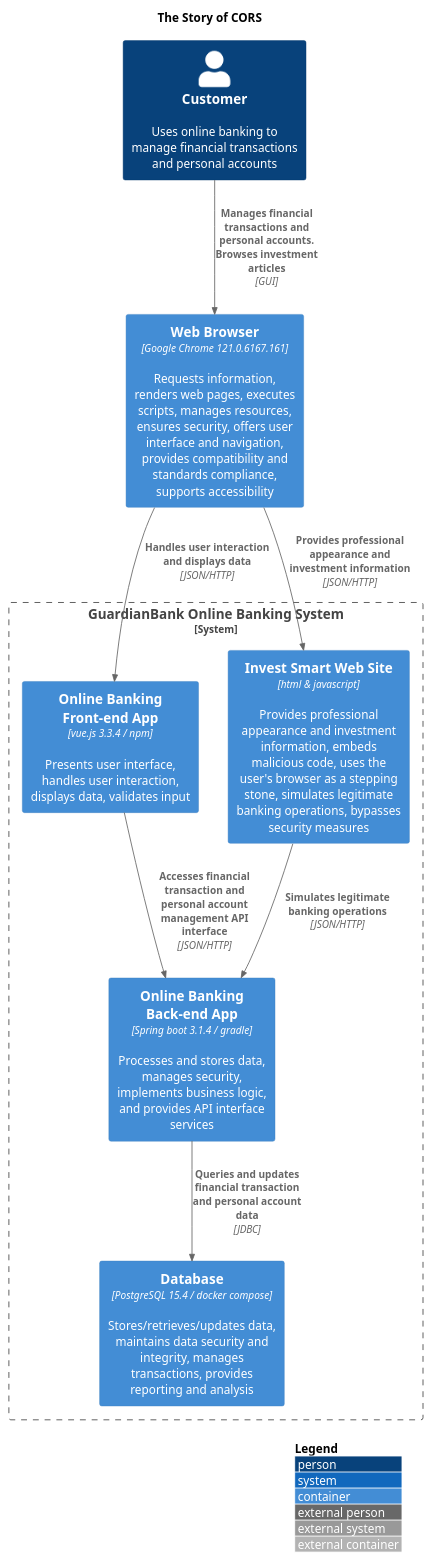
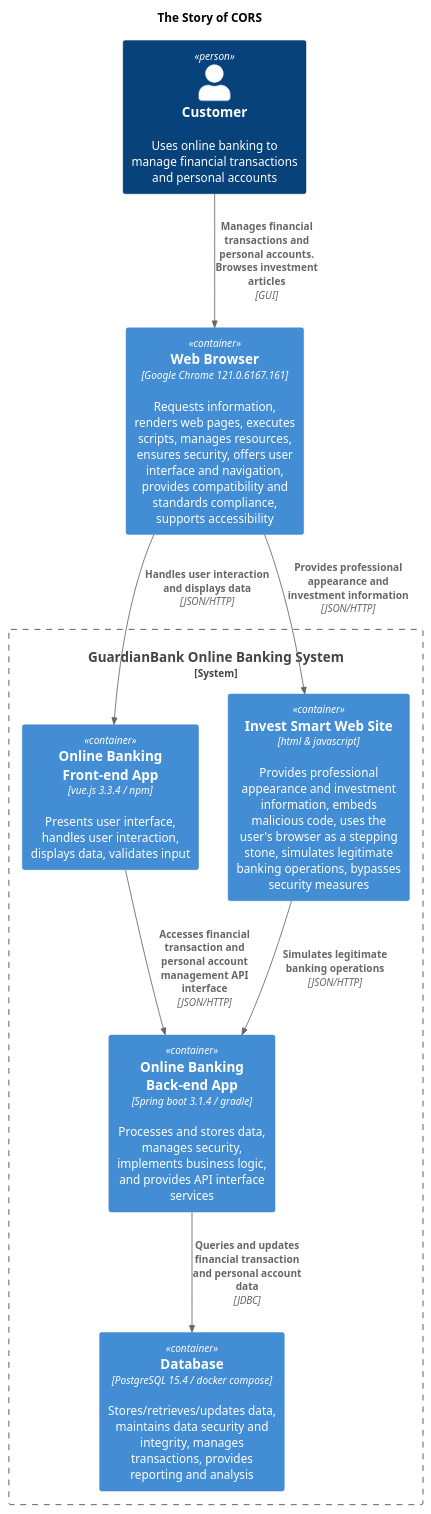
The diagram in container-the-cors-story.puml (wubin28/shopping-list-web-app-2024-for-windows), drawn with PlantUML before and after one commit.

Commit message:
docs: update the layout of the c4 container diagram

```diff
--- a/container-the-cors-story.puml
+++ b/container-the-cors-story.puml
@@ -1,30 +1,30 @@
 @startuml
 !include https://raw.githubusercontent.com/plantuml-stdlib/C4-PlantUML/master/C4_Container.puml
 ' uncomment the following line and comment the first line to use the file locally
 ' !include C4_Container.puml
 
-' LAYOUT_TOP_DOWN()
+LAYOUT_TOP_DOWN()
 ' LAYOUT_AS_SKETCH()
-LAYOUT_WITH_LEGEND()
+' LAYOUT_WITH_LEGEND()
 
 title The Story of CORS
 
 Person(customer, "Customer", "Uses online banking to manage financial transactions and personal accounts")
 Container(webBrowser, "Web Browser", "Google Chrome 121.0.6167.161", "Requests information, renders web pages, executes scripts, manages resources, ensures security, offers user interface and navigation, provides compatibility and standards compliance, supports accessibility")
 
 System_Boundary(system-boundary, "GuardianBank Online Banking System") {
     Container(onlineBankingFrontEnd, "Online Banking Front-end App", "vue.js 3.3.4 / npm", "Presents user interface, handles user interaction, displays data, validates input")
     Container(investSmartWebSite, "Invest Smart Web Site", "html & javascript", "Provides professional appearance and investment information, embeds malicious code, uses the user's browser as a stepping stone, simulates legitimate banking operations, bypasses security measures")
     Container(onlineBankingApi, "Online Banking Back-end App", "Spring boot 3.1.4 / gradle", "Processes and stores data, manages security, implements business logic, and provides API interface services")
     Container(db, "Database", "PostgreSQL 15.4 / docker compose", "Stores/retrieves/updates data, maintains data security and integrity, manages transactions, provides reporting and analysis")
 }
 
 Rel(customer, webBrowser, "Manages financial transactions and personal accounts. Browses investment articles", "GUI")
 Rel(webBrowser, onlineBankingFrontEnd, "Handles user interaction and displays data", "JSON/HTTP")
 Rel(webBrowser, investSmartWebSite, "Provides professional appearance and investment information", "JSON/HTTP")
 
 Rel(onlineBankingFrontEnd, onlineBankingApi, "Accesses financial transaction and personal account management API interface", "JSON/HTTP")
 Rel(investSmartWebSite, onlineBankingApi, "Simulates legitimate banking operations", "JSON/HTTP")
 Rel(onlineBankingApi, db, "Queries and updates financial transaction and personal account data", "JDBC")
 
 @enduml
```
